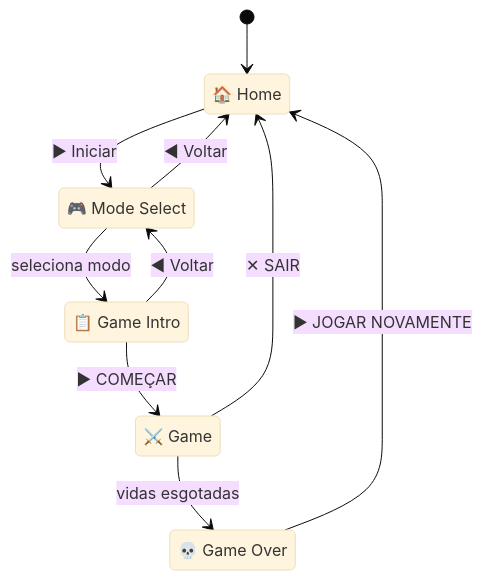
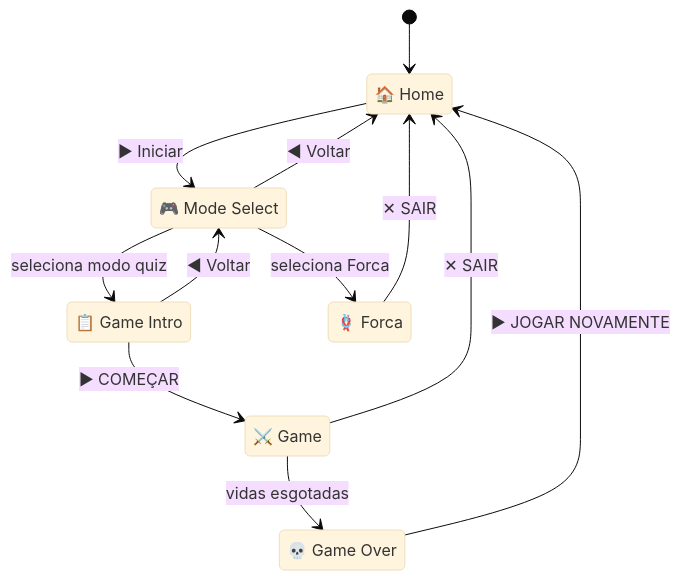
Before and after one commit to Alexandrelimax/jogo-ingles-v2: the diagram in README.md, drawn with Mermaid (base theme). The commit also changed other lines of this file and 1 other file, not shown here.

````diff
--- a/README.md
+++ b/README.md
@@ -37,23 +38,27 @@
 ```mermaid
 stateDiagram-v2
     [*] --> home
 
     home --> mode_select : ▶ Iniciar
 
     mode_select --> home       : ◀ Voltar
-    mode_select --> game_intro : seleciona modo
+    mode_select --> game_intro : seleciona modo quiz
+    mode_select --> hangman    : seleciona Forca
 
     game_intro --> mode_select : ◀ Voltar
     game_intro --> game        : ▶ COMEÇAR
 
     game --> gameover : vidas esgotadas
     game --> home     : ✕ SAIR
+
+    hangman --> home  : ✕ SAIR
 
     gameover --> home : ▶ JOGAR NOVAMENTE
 
     home       : 🏠 Home
     mode_select: 🎮 Mode Select
     game_intro : 📋 Game Intro
     game       : ⚔️ Game
     gameover   : 💀 Game Over
+    hangman    : 🪢 Forca
 ```
````
